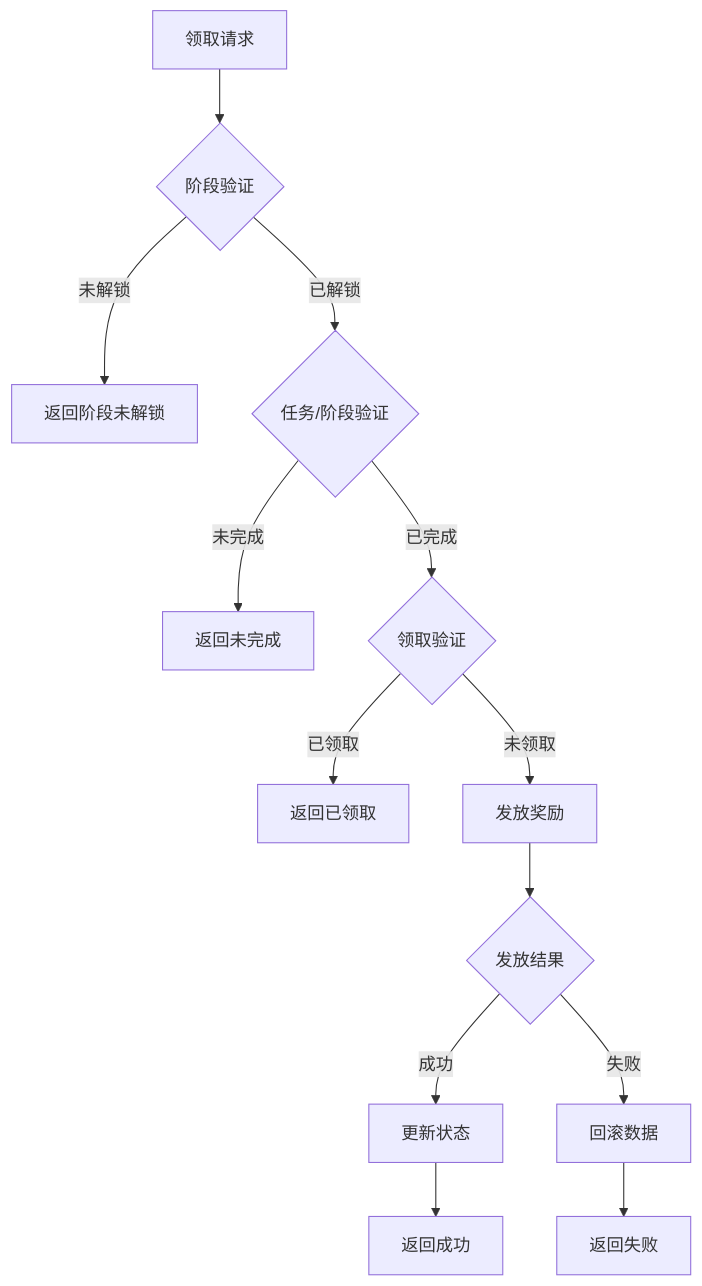
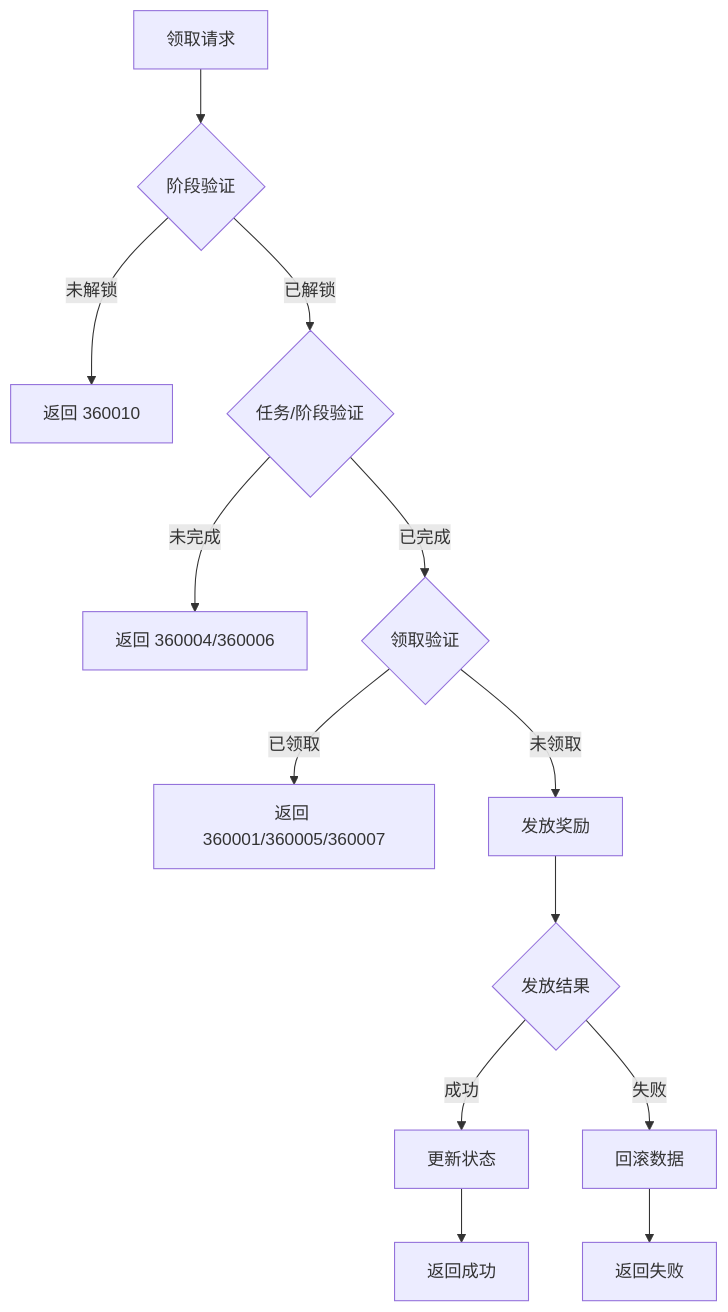
One commit to Alan-Ben/k2c_game_framework changed the fifth of 6 diagrams in docs/Module_StageGoal/06_实现细节.md. Above: the diagram before and after it, drawn with Mermaid. The commit also changed other lines of this file and 32 other files, not shown here.

````diff
--- a/docs/Module_StageGoal/06_实现细节.md
+++ b/docs/Module_StageGoal/06_实现细节.md
@@ -204,15 +265,15 @@
 ```mermaid
 flowchart TD
     A[领取请求] --> B{阶段验证}
-    B -->|未解锁| C[返回阶段未解锁]
+    B -->|未解锁| C[返回 360010]
     B -->|已解锁| D{任务/阶段验证}
-    D -->|未完成| E[返回未完成]
+    D -->|未完成| E[返回 360004/360006]
     D -->|已完成| F{领取验证}
-    F -->|已领取| G[返回已领取]
+    F -->|已领取| G[返回 360001/360005/360007]
     F -->|未领取| H[发放奖励]
     H --> I{发放结果}
     I -->|成功| J[更新状态]
     I -->|失败| K[回滚数据]
     J --> L[返回成功]
     K --> M[返回失败]
 ```
````
